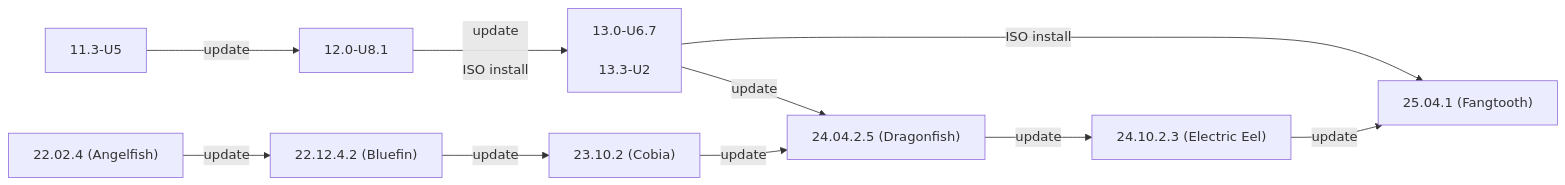
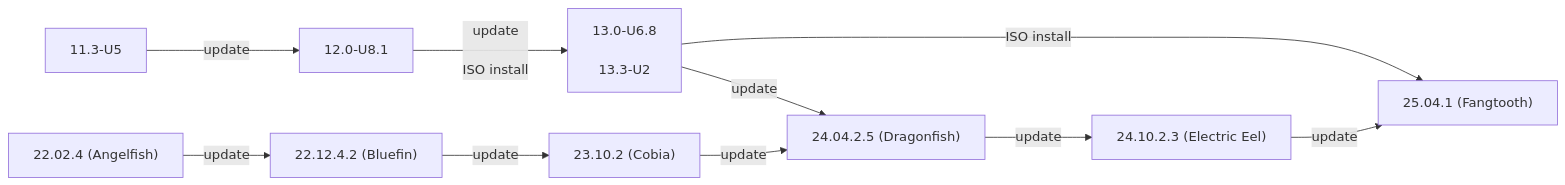
Before and after one commit to truenas/documentation: the first of 2 diagrams in static/includes/SCALEUpgradePaths.md, drawn with Mermaid.

```diff
--- a/static/includes/SCALEUpgradePaths.md
+++ b/static/includes/SCALEUpgradePaths.md
@@ -67,13 +67,13 @@
           {{< mermaid class="mermaid_sizing" >}}
           flowchart LR
             A["11.3-U5"] -->|update| B["12.0-U8.1"]
-            B -->|"update<br><br>ISO install"| C["13.0-U6.7<br><br>13.3-U2"]
+            B -->|"update<br><br>ISO install"| C["13.0-U6.8<br><br>13.3-U2"]
             C -->|update| G
             C -->|ISO install| I
             D["22.02.4 (Angelfish)"] -->|update| E
             E["22.12.4.2 (Bluefin)"] -->|update| F
             F["23.10.2 (Cobia)"] -->|update| G
             G["24.04.2.5 (Dragonfish)"] -->|update| H
             H["24.10.2.3 (Electric Eel)"] -->|update| I
             I["25.04.1 (Fangtooth)"]
           {{< /mermaid >}}
```
